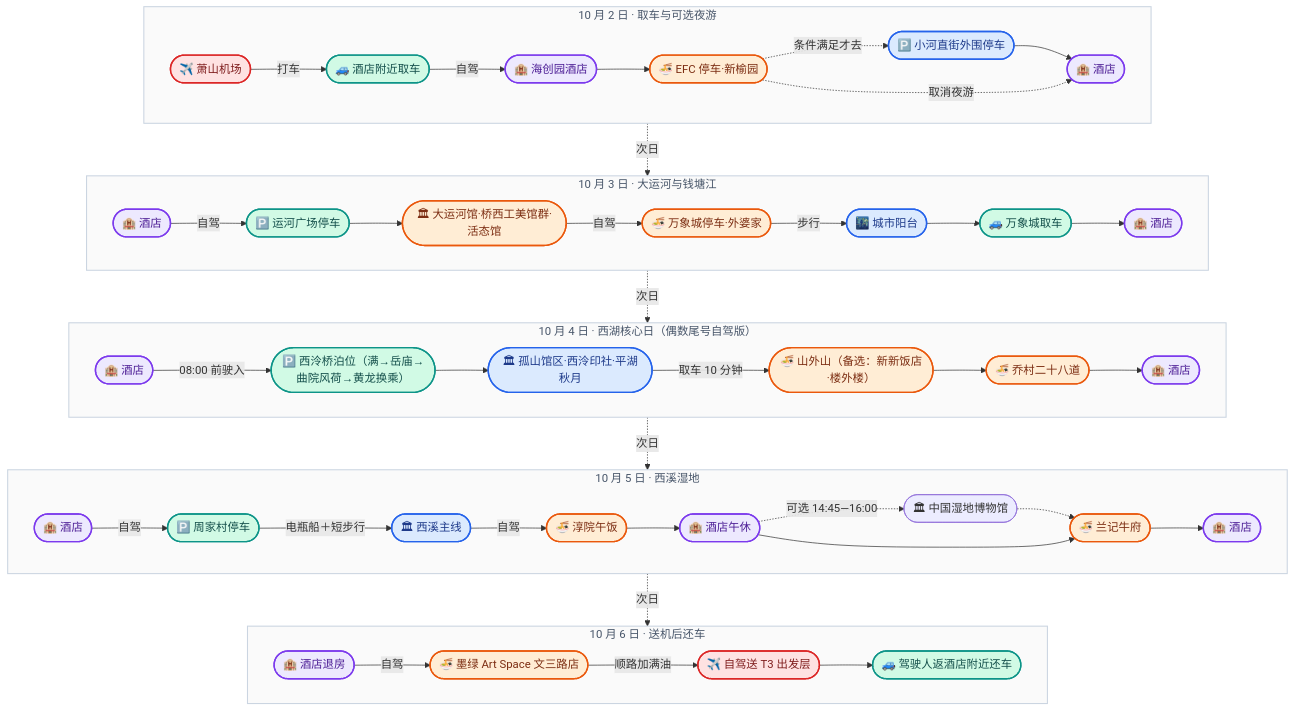
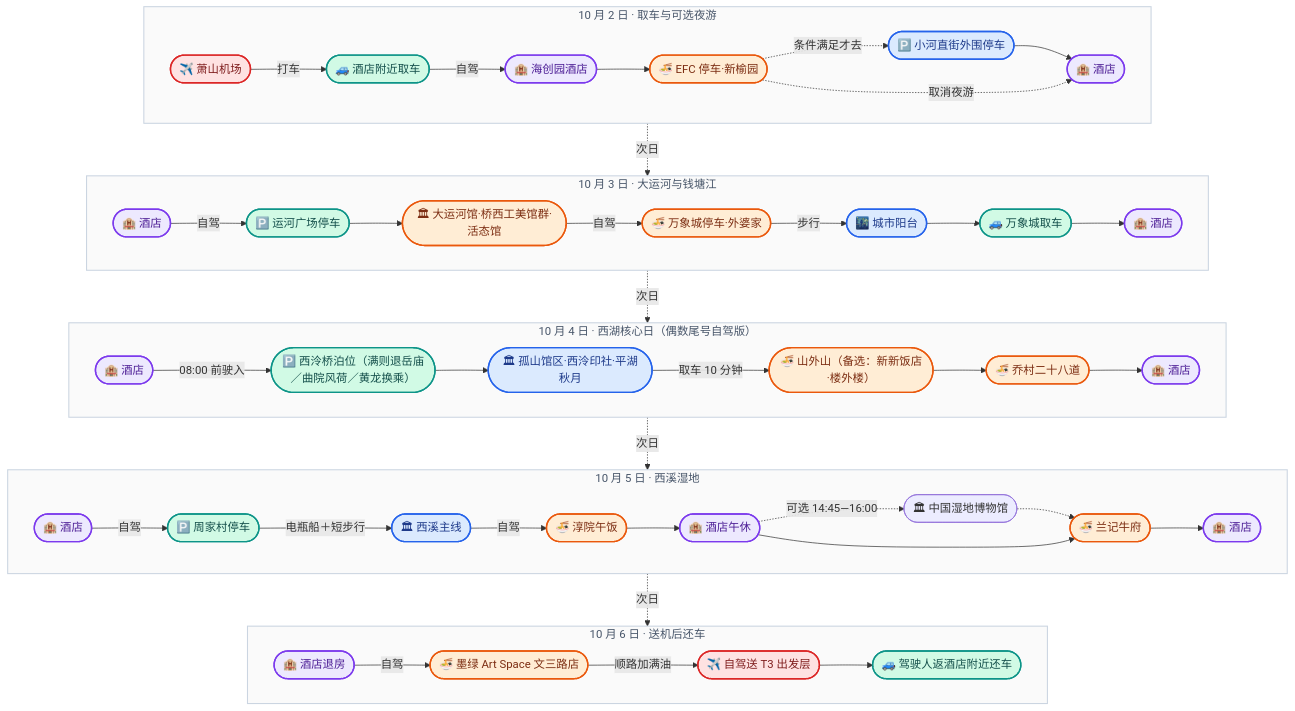
The second of 3 diagrams in docs/traffic.md (TheShadow178/hangzhou-trip), drawn with Mermaid before and after one commit. The commit also changed 1 other file, not shown here.

Commit message:
修复 mermaid：节点文本内 U+2192 箭头导致整页解析失败，改用文字

````diff
--- a/docs/traffic.md
+++ b/docs/traffic.md
@@ -191,66 +191,66 @@
 ```mermaid
 %%{init: {'theme':'base', 'themeVariables': {'fontFamily':'-apple-system, "PingFang SC", "Microsoft YaHei", sans-serif','lineColor':'#94a3b8','primaryColor':'#ffffff','primaryBorderColor':'#94a3b8','primaryTextColor':'#0f172a','fontSize':'13px'}}}%%
 flowchart TB
   subgraph C02["10 月 2 日 · 取车与可选夜游"]
     direction LR
     C02A(["✈️ 萧山机场"]) -->|打车| C02B(["🚙 酒店附近取车"])
     C02B -->|自驾| C02C(["🏨 海创园酒店"])
     C02C --> C02D(["🍜 EFC 停车·新榆园"])
     C02D -.->|条件满足才去| C02E(["🅿️ 小河直街外围停车"])
     C02E --> C02F(["🏨 酒店"])
     C02D -. 取消夜游 .-> C02F
   end
   subgraph C03["10 月 3 日 · 大运河与钱塘江"]
     direction LR
     C03A(["🏨 酒店"]) -->|自驾| C03B(["🅿️ 运河广场停车"])
     C03B --> C03C(["🏛 大运河馆·桥西工美馆群·活态馆"])
     C03C -->|自驾| C03D(["🍜 万象城停车·外婆家"])
     C03D -->|步行| C03E(["🌃 城市阳台"])
     C03E --> C03F(["🚙 万象城取车"])
     C03F --> C03G(["🏨 酒店"])
   end
   subgraph C04["10 月 4 日 · 西湖核心日（偶数尾号自驾版）"]
     direction LR
-    C04A(["🏨 酒店"]) -->|08:00 前驶入| C04B(["🅿️ 西泠桥泊位（满→岳庙→曲院风荷→黄龙换乘）"])
+    C04A(["🏨 酒店"]) -->|08:00 前驶入| C04B(["🅿️ 西泠桥泊位（满则退岳庙／曲院风荷／黄龙换乘）"])
     C04B --> C04C(["🏛 孤山馆区·西泠印社·平湖秋月"])
     C04C -->|取车 10 分钟| C04D(["🍜 山外山（备选：新新饭店·楼外楼）"])
     C04D --> C04G(["🍜 乔村二十八道"])
     C04G --> C04H(["🏨 酒店"])
   end
   subgraph C05["10 月 5 日 · 西溪湿地"]
     direction LR
     C05A(["🏨 酒店"]) -->|自驾| C05B(["🅿️ 周家村停车"])
     C05B -->|电瓶船＋短步行| C05C(["🏛 西溪主线"])
     C05C -->|自驾| C05D(["🍜 淳院午饭"])
     C05D --> C05E(["🏨 酒店午休"])
     C05E -.->|可选 14:45—16:00| C05H(["🏛 中国湿地博物馆"])
     C05H -.-> C05F(["🍜 兰记牛府"])
     C05E --> C05F(["🍜 兰记牛府"])
     C05F --> C05G(["🏨 酒店"])
   end
   subgraph C06["10 月 6 日 · 送机后还车"]
     direction LR
     C06A(["🏨 酒店退房"]) -->|自驾| C06B(["🍜 墨绿 Art Space 文三路店"])
     C06B -->|顺路加满油| C06D(["✈️ 自驾送 T3 出发层"])
     C06D --> C06C(["🚙 驾驶人返酒店附近还车"])
   end
   C02F -.->|次日| C03A
   C03G -.->|次日| C04A
   C04H -.->|次日| C05A
   C05G -.->|次日| C06A
   classDef cAir fill:#fee2e2,stroke:#dc2626,stroke-width:2px,color:#7f1d1d
   classDef cStay fill:#ede9fe,stroke:#7c3aed,stroke-width:2px,color:#4c1d95
   classDef cFood fill:#ffedd5,stroke:#ea580c,stroke-width:2px,color:#7c2d12
   classDef cSee fill:#dbeafe,stroke:#2563eb,stroke-width:2px,color:#1e3a8a
   classDef cMove fill:#d1fae5,stroke:#0d9488,stroke-width:2px,color:#134e4a
   class C02A,C06D cAir
   class C02B,C03B,C03F,C04B,C05B,C06C cMove
   class C02C,C02F,C03A,C03G,C04A,C04H,C05A,C05E,C05G,C06A cStay
   class C02D,C03C,C03D,C04D,C04G,C05D,C05F,C06B cFood
   class C02E,C03E,C04C,C05C cSee
   style C02 fill:#fafafa,stroke:#cbd5e1,stroke-width:1.5px,color:#475569
   style C03 fill:#fafafa,stroke:#cbd5e1,stroke-width:1.5px,color:#475569
   style C04 fill:#fafafa,stroke:#cbd5e1,stroke-width:1.5px,color:#475569
   style C05 fill:#fafafa,stroke:#cbd5e1,stroke-width:1.5px,color:#475569
   style C06 fill:#fafafa,stroke:#cbd5e1,stroke-width:1.5px,color:#475569
 ```
````
